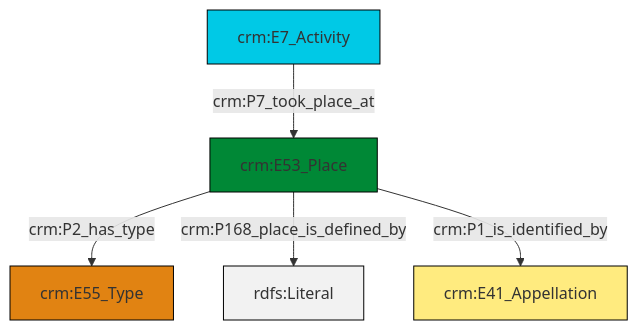
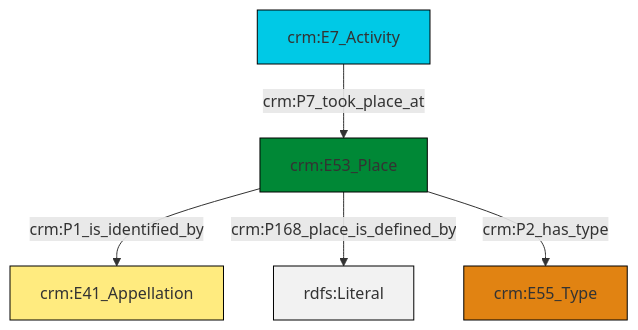
One commit to swiss-art-research-net/docs.swissartresearch changed the diagram in et/eventCSV/ttl/mmd/event_location.ttl.mmd. Above: the diagram before and after it, drawn with Mermaid. The commit also changed 177 other files, not shown here.

```diff
--- a/et/eventCSV/ttl/mmd/event_location.ttl.mmd
+++ b/et/eventCSV/ttl/mmd/event_location.ttl.mmd
@@ -1,19 +1,19 @@
 graph TD
 classDef Literal fill:#f2f2f2,stroke:#000000;
 classDef CRM_Entity fill:#FFFFFF,stroke:#000000;
 classDef Temporal_Entity fill:#00C9E6, stroke:#000000;
 classDef Type fill:#E18312, stroke:#000000;
 classDef Time-Span fill:#2C9C91, stroke:#000000;
 classDef Appellation fill:#FFEB7F, stroke:#000000;
 classDef Place fill:#008836, stroke:#000000;
 classDef Persistent_Item fill:#B266B2, stroke:#000000;
 classDef Conceptual_Object fill:#FFD700, stroke:#000000;
 classDef Physical_Thing fill:#D2B48C, stroke:#000000;
 classDef Actor fill:#f58aad, stroke:#000000;
 classDef PC_Classes fill:#4ce600, stroke:#000000;
 classDef Multi fill:#cccccc,stroke:#000000;
 
-0["crm:E53_Place"]:::Place -->|crm:P2_has_type| 1["crm:E55_Type"]:::Type
+0["crm:E53_Place"]:::Place -->|crm:P1_is_identified_by| 1["crm:E41_Appellation"]:::Appellation
+2["crm:E7_Activity"]:::Temporal_Entity -->|crm:P7_took_place_at| 0["crm:E53_Place"]:::Place
 0["crm:E53_Place"]:::Place -->|crm:P168_place_is_defined_by| 3[rdfs:Literal]:::Literal
-4["crm:E7_Activity"]:::Temporal_Entity -->|crm:P7_took_place_at| 0["crm:E53_Place"]:::Place
-0["crm:E53_Place"]:::Place -->|crm:P1_is_identified_by| 5["crm:E41_Appellation"]:::Appellation
+0["crm:E53_Place"]:::Place -->|crm:P2_has_type| 5["crm:E55_Type"]:::Type
```
